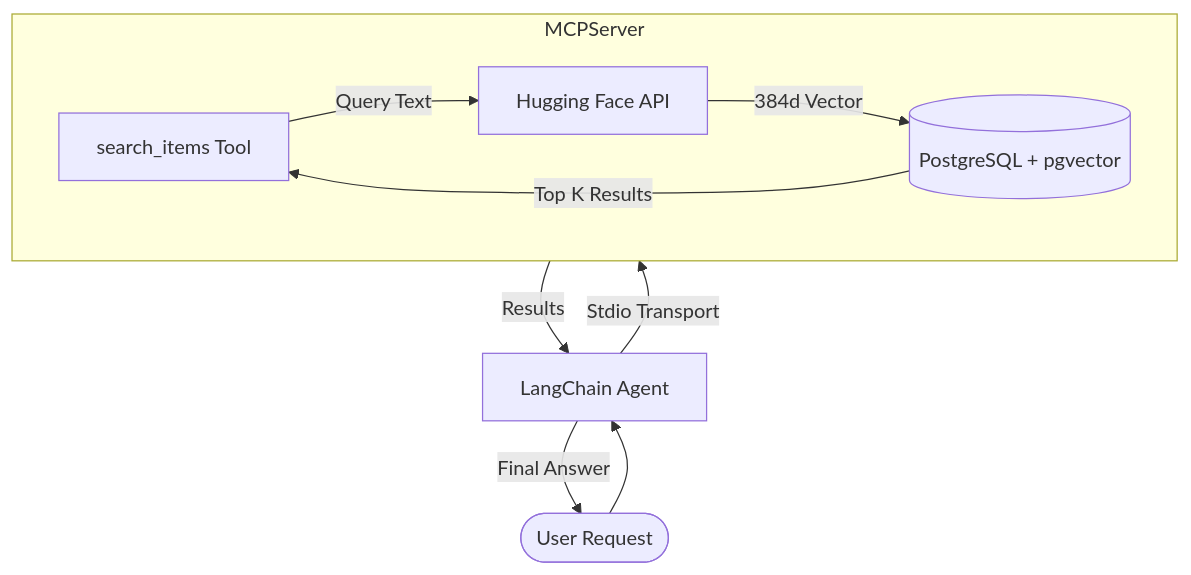
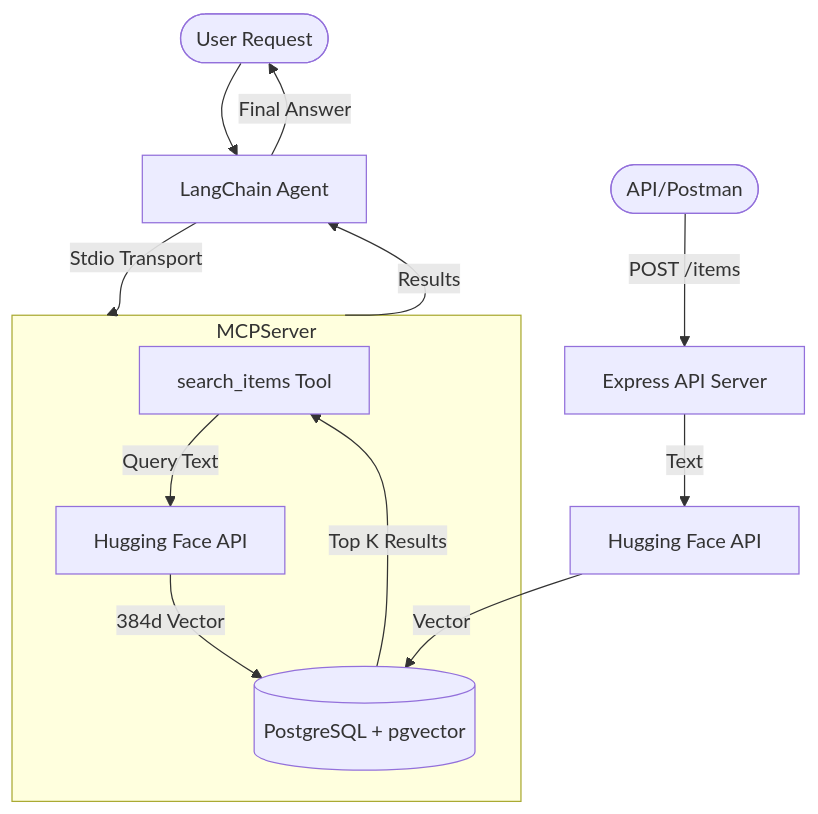
One commit to mohiandipta/mcp-server-pgvector changed the diagram in README.md. Above: the diagram before and after it, drawn with Mermaid. The commit also changed other lines of this file and 6 other files, not shown here.

````diff
--- a/README.md
+++ b/README.md
@@ -27,14 +19,18 @@
 ```mermaid
 graph TD
     User([User Request]) --> Agent[LangChain Agent]
     Agent -->|Stdio Transport| MCPServer[MCP Server]
     
     subgraph MCPServer
         Tool[search_items Tool] -->|Query Text| HF[Hugging Face API]
         HF -->|384d Vector| DB[(PostgreSQL + pgvector)]
         DB -->|Top K Results| Tool
     end
     
     MCPServer -->|Results| Agent
     Agent -->|Final Answer| User
+
+    RestUser([API/Postman]) -->|POST /items| ApiServer[Express API Server]
+    ApiServer -->|Text| HF2[Hugging Face API]
+    HF2 -->|Vector| DB
 ```
````
